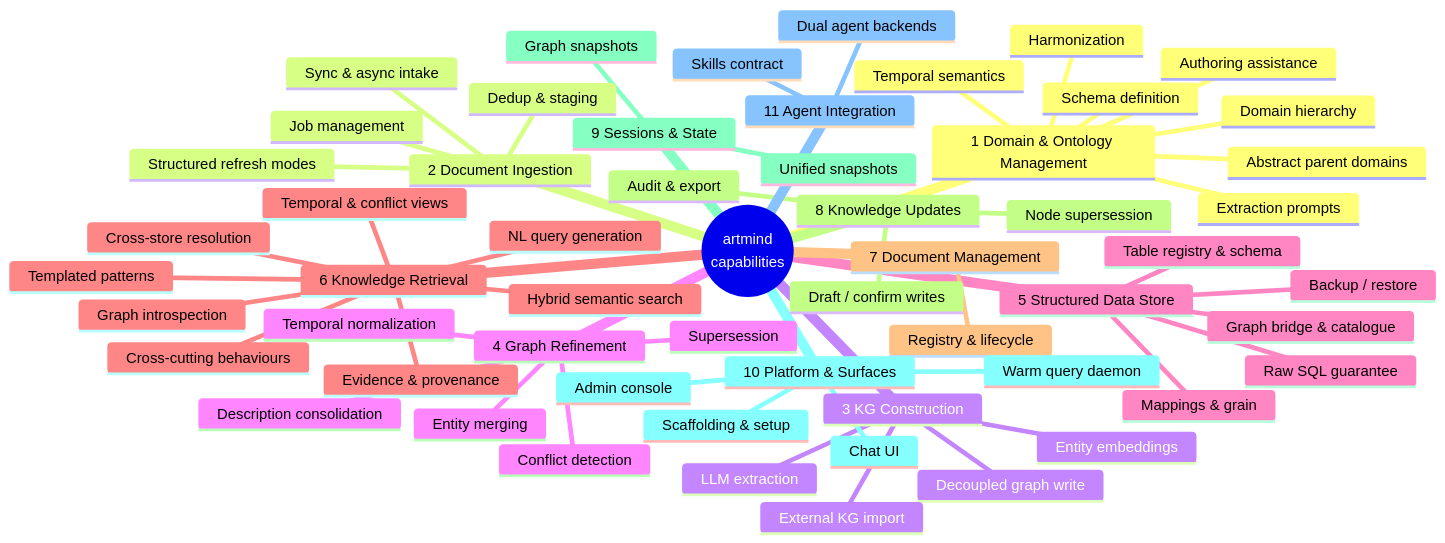
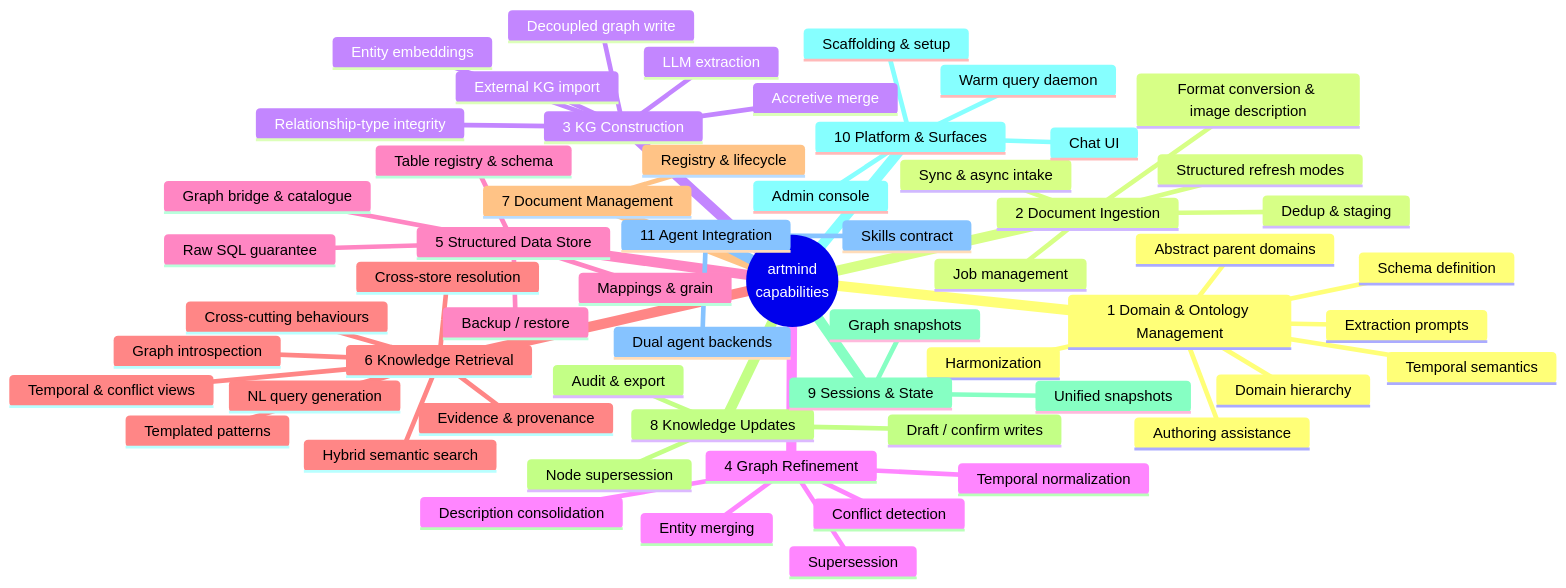
One commit to neurongraph/artmind9 changed the diagram in docs/CAPABILITIES.md. Above: the diagram before and after it, drawn with Mermaid. The commit also changed other lines of this file and 12 other files, not shown here.

````diff
--- a/docs/CAPABILITIES.md
+++ b/docs/CAPABILITIES.md
@@ -28,60 +28,63 @@
 ```mermaid
 mindmap
   root((artmind<br/>capabilities))
     1 Domain & Ontology Management
       Schema definition
       Domain hierarchy
       Extraction prompts
       Harmonization
       Temporal semantics
       Abstract parent domains
       Authoring assistance
     2 Document Ingestion
       Sync & async intake
       Job management
       Dedup & staging
       Structured refresh modes
+      Format conversion & image description
     3 KG Construction
       LLM extraction
       Decoupled graph write
       External KG import
       Entity embeddings
+      Relationship-type integrity
+      Accretive merge
     4 Graph Refinement
       Entity merging
       Description consolidation
       Temporal normalization
       Conflict detection
       Supersession
     5 Structured Data Store
       Table registry & schema
       Raw SQL guarantee
       Mappings & grain
       Graph bridge & catalogue
       Backup / restore
     6 Knowledge Retrieval
       Graph introspection
       Templated patterns
       Hybrid semantic search
       NL query generation
       Evidence & provenance
       Temporal & conflict views
       Cross-store resolution
       Cross-cutting behaviours
     7 Document Management
       Registry & lifecycle
     8 Knowledge Updates
       Draft / confirm writes
       Node supersession
       Audit & export
     9 Sessions & State
       Graph snapshots
       Unified snapshots
     10 Platform & Surfaces
       Scaffolding & setup
       Warm query daemon
       Chat UI
       Admin console
     11 Agent Integration
       Skills contract
       Dual agent backends
 ```
````
